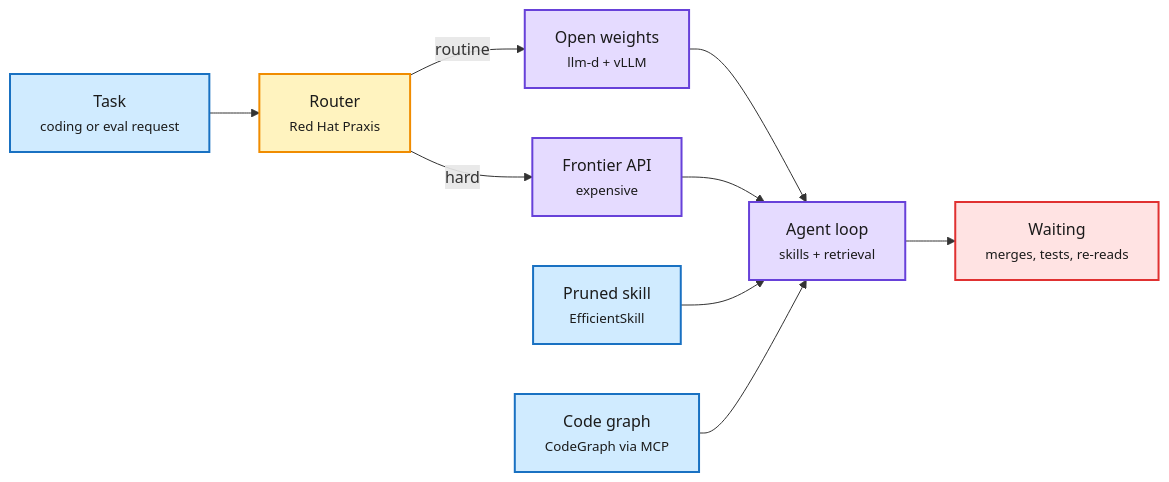
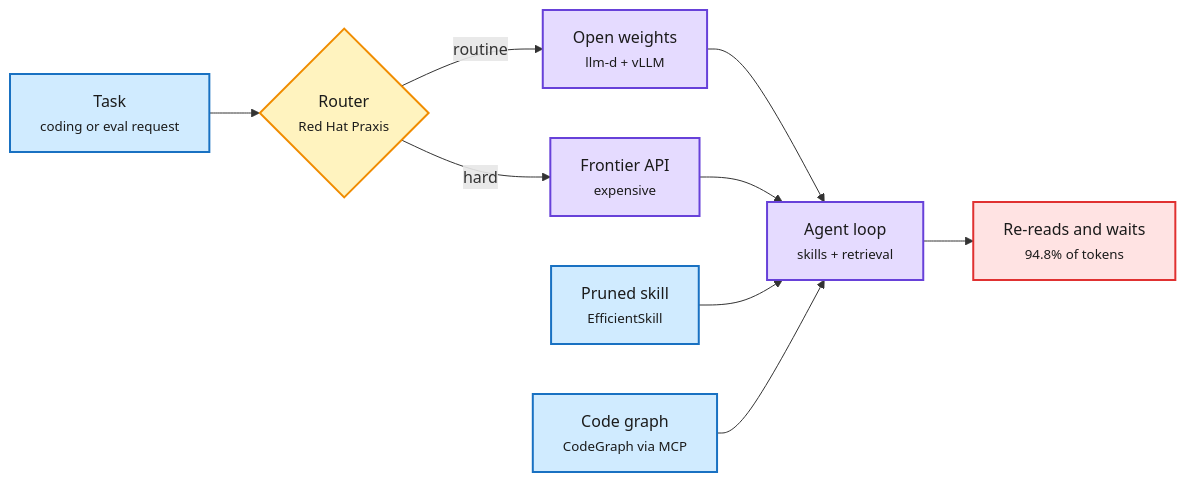
Before and after one commit to bayesiansapien/cere-bro: the diagram in wiki/media-zone/2026-11/2026-11-18.md, drawn with Mermaid. The commit also changed other lines of this file, not shown here.

````diff
--- a/wiki/media-zone/2026-11/2026-11-18.md
+++ b/wiki/media-zone/2026-11/2026-11-18.md
@@ -23,20 +21,19 @@
 ```mermaid
 flowchart LR
-  T["Task<br/><small>coding or eval request</small>"] --> RT["Router<br/><small>Red Hat Praxis</small>"]
+  T["Task<br/><small>coding or eval request</small>"] --> RT{"Router<br/><small>Red Hat Praxis</small>"}
   RT -->|routine| OW["Open weights<br/><small>llm-d + vLLM</small>"]
   RT -->|hard| FR["Frontier API<br/><small>expensive</small>"]
   OW --> AG["Agent loop<br/><small>skills + retrieval</small>"]
   FR --> AG
   SK["Pruned skill<br/><small>EfficientSkill</small>"] --> AG
   CG["Code graph<br/><small>CodeGraph via MCP</small>"] --> AG
-  AG --> W["Waiting<br/><small>merges, tests, re-reads</small>"]
+  AG --> W["Re-reads and waits<br/><small>94.8% of tokens</small>"]
   classDef input fill:#d0ebff,stroke:#1971c2,color:#1b1b1b,stroke-width:2px
   classDef loop fill:#fff3bf,stroke:#f08c00,color:#1b1b1b,stroke-width:2px
   classDef core fill:#e5dbff,stroke:#6741d9,color:#1b1b1b,stroke-width:2px
-  classDef exit fill:#d3f9d8,stroke:#2f9e44,color:#1b1b1b,stroke-width:2px
   classDef err fill:#ffe3e3,stroke:#e03131,color:#1b1b1b,stroke-width:2px
   class T,SK,CG input
   class RT loop
   class OW,FR,AG core
   class W err
 ```
````
